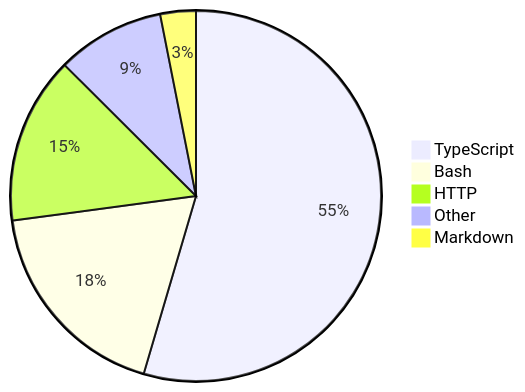
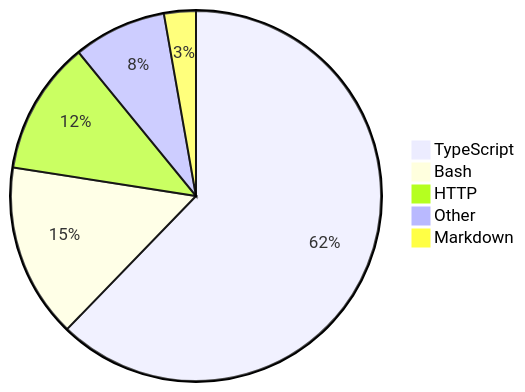
One commit to skvggor/skvggor changed the diagram in README.md. Above: the diagram before and after it, drawn with Mermaid.

Commit message:
Updated waka-readme graph with new metrics

````diff
--- a/README.md
+++ b/README.md
@@ -16,8 +16,8 @@
 ```mermaid
 pie
-    "TypeScript" : 52.7
-    "Bash" : 17.7
-    "HTTP" : 14.1
-    "Other" : 9.1
-    "Markdown" : 3.0
+    "TypeScript" : 60.5
+    "Bash" : 14.8
+    "HTTP" : 11.3
+    "Other" : 7.9
+    "Markdown" : 2.7
 ```
````
